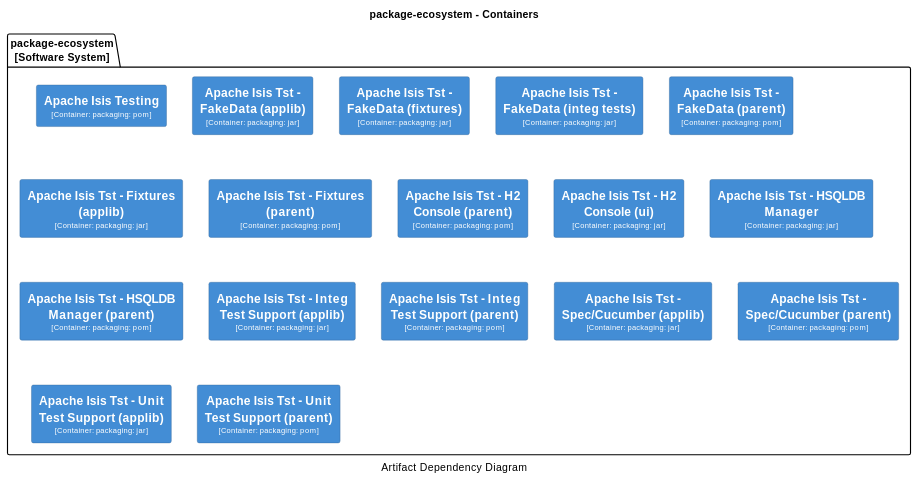
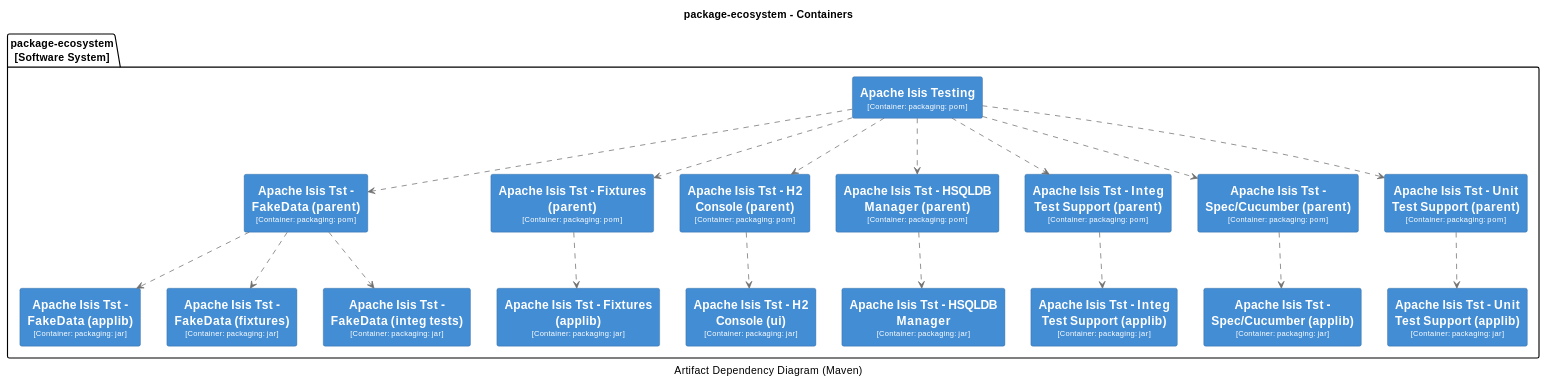
Before and after one commit to apache/causeway: diagram 11 of 18 in antora/components/system/modules/ROOT/pages/about.adoc, drawn with PlantUML. The commit also changed other lines of this file and 2 other files, not shown here.

Commit message:
ISIS-2437: add relations to c4 diagrams (System Overview)

```diff
--- a/antora/components/system/modules/ROOT/pages/about.adoc
+++ b/antora/components/system/modules/ROOT/pages/about.adoc
@@ -1914,7 +1968,7 @@
 ----
 @startuml(id=Testing)
 title package-ecosystem - Containers
-caption Artifact Dependency Diagram
+caption Artifact Dependency Diagram (Maven)
 
 skinparam {
   shadowing false
@@ -2028,5 +2082,21 @@
   rectangle "==Apache Isis Tst - Unit Test Support (applib)\n<size:10>[Container: packaging: jar]</size>" <<18>> as 18
   rectangle "==Apache Isis Tst - Unit Test Support (parent)\n<size:10>[Container: packaging: pom]</size>" <<17>> as 17
 }
+2 .[#707070].> 3 : ""
+2 .[#707070].> 7 : ""
+2 .[#707070].> 9 : ""
+2 .[#707070].> 11 : ""
+2 .[#707070].> 13 : ""
+2 .[#707070].> 15 : ""
+2 .[#707070].> 17 : ""
+3 .[#707070].> 4 : ""
+3 .[#707070].> 5 : ""
+3 .[#707070].> 6 : ""
+7 .[#707070].> 8 : ""
+9 .[#707070].> 10 : ""
+11 .[#707070].> 12 : ""
+13 .[#707070].> 14 : ""
+15 .[#707070].> 16 : ""
+17 .[#707070].> 18 : ""
 @enduml
 ----
```
